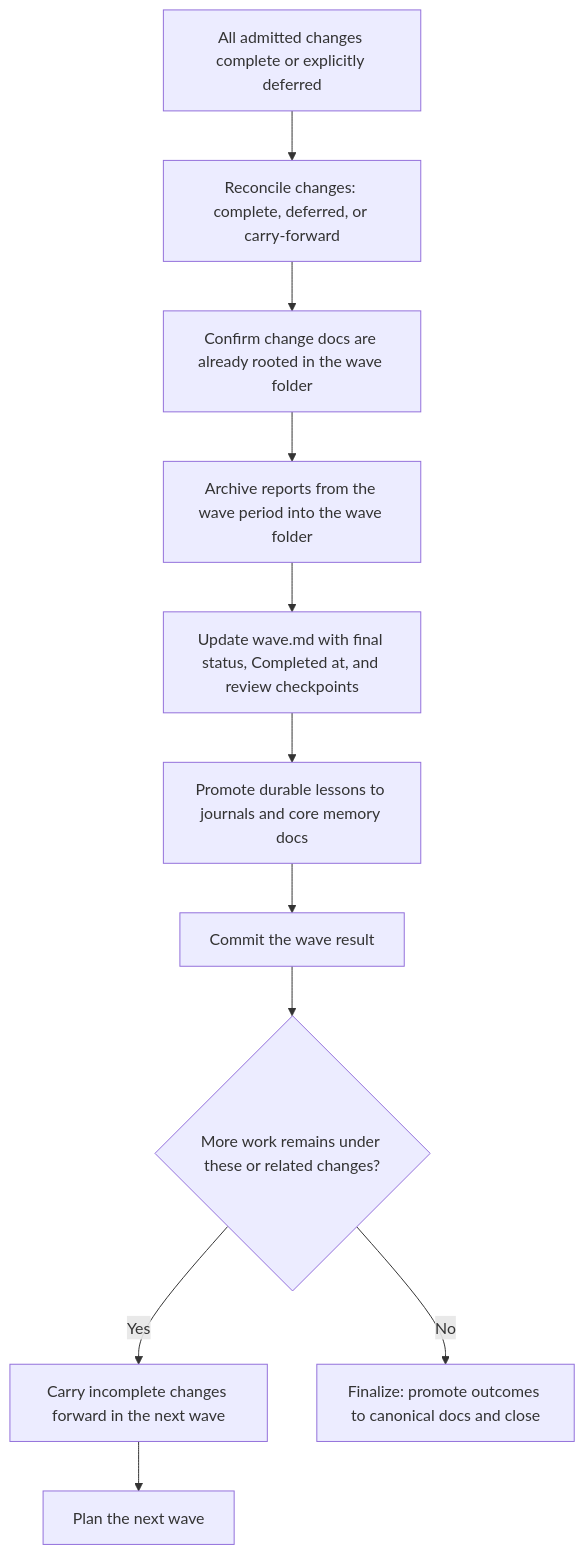
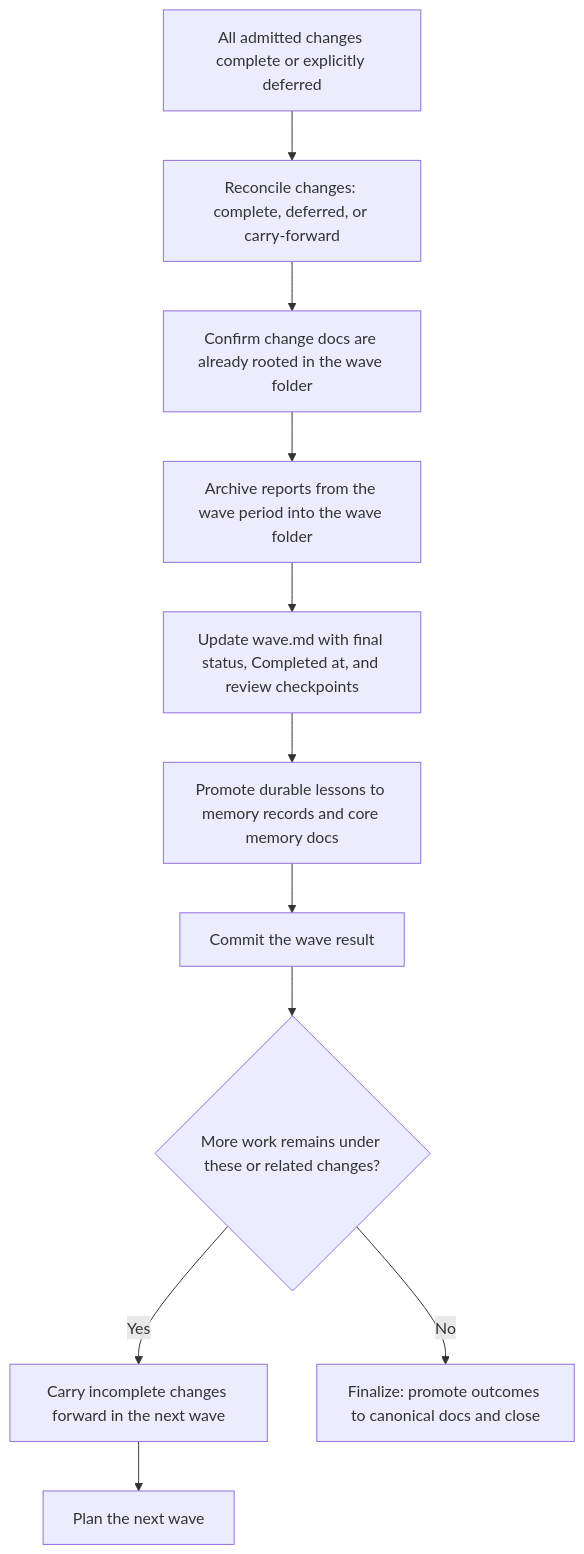
The fourth of 4 diagrams in .wavefoundry/framework/seeds/001-feature-wave-framework-overview.md (coryhacking/wavefoundry), drawn with Mermaid before and after one commit. The commit also changed other lines of this file and 406 other files, not shown here.

````diff
--- a/.wavefoundry/framework/seeds/001-feature-wave-framework-overview.md
+++ b/.wavefoundry/framework/seeds/001-feature-wave-framework-overview.md
@@ -182,13 +182,13 @@
 ```mermaid
 flowchart TD
     A[All admitted changes complete or explicitly deferred] --> B[Reconcile changes: complete, deferred, or carry-forward]
     B --> C[Confirm change docs are already rooted in the wave folder]
     C --> D[Archive reports from the wave period into the wave folder]
     D --> E[Update wave.md with final status, Completed at, and review checkpoints]
-    E --> F[Promote durable lessons to journals and core memory docs]
+    E --> F[Promote durable lessons to memory records and core memory docs]
     F --> G[Commit the wave result]
     G --> H{More work remains under these or related changes?}
     H -->|Yes| I[Carry incomplete changes forward in the next wave]
     I --> J[Plan the next wave]
     H -->|No| K[Finalize: promote outcomes to canonical docs and close]
 ```
````
